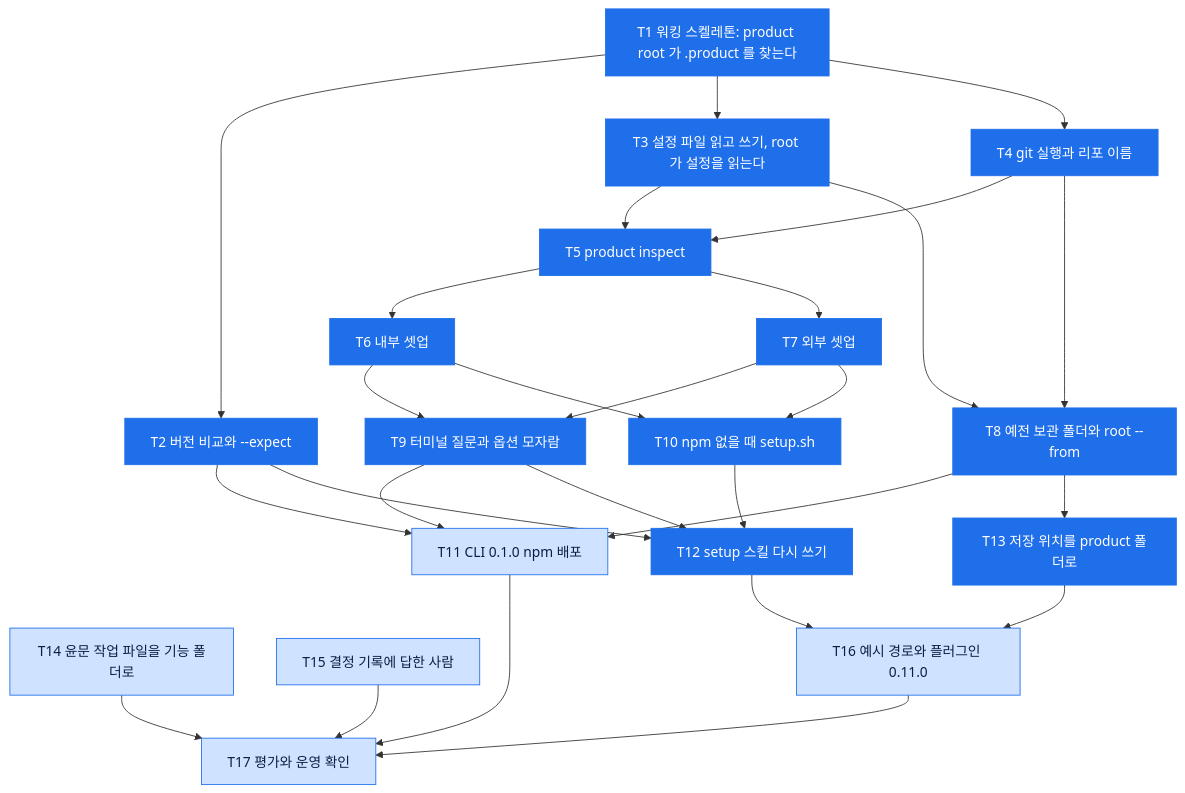
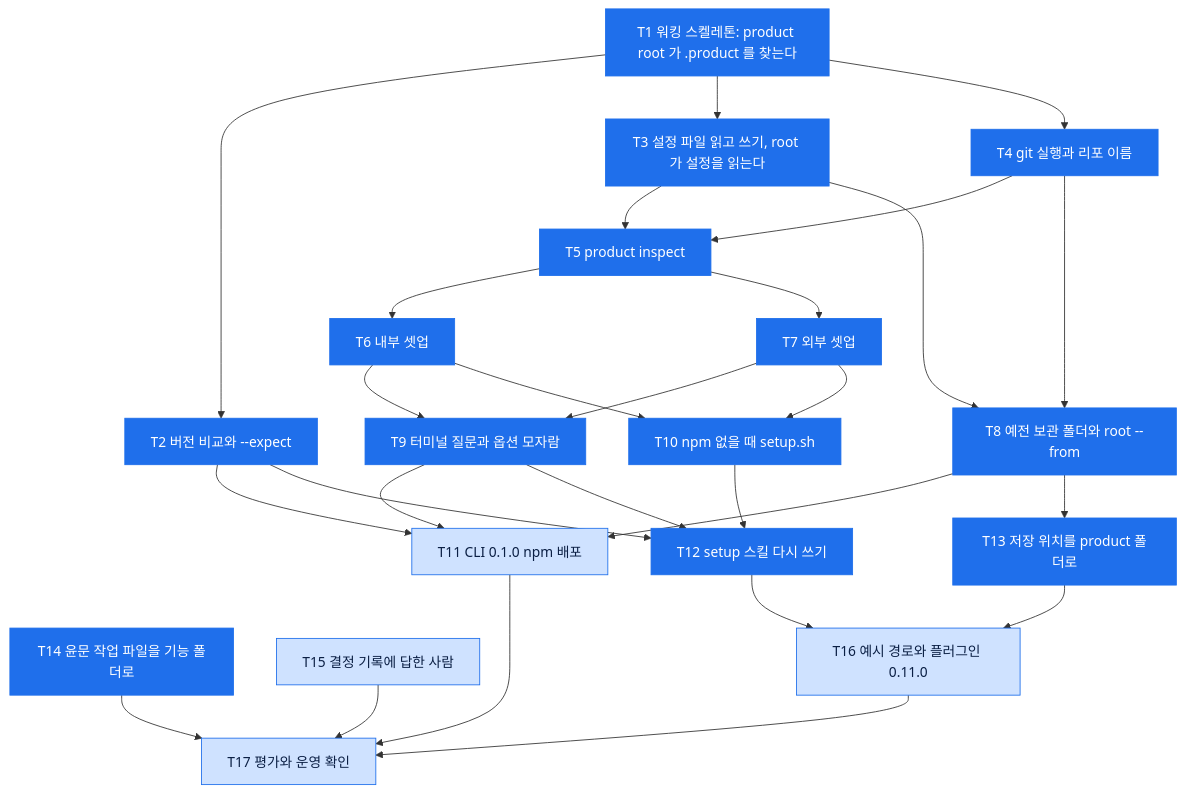
One commit to dorage/product-skills changed the diagram in .product/features/261122_setup-method/tasks.md. Above: the diagram before and after it, drawn with Mermaid. The commit also changed other lines of this file and 1 other file, not shown here.

Commit message:
feat(product):윤문 작업 파일이 리포에 남지 않게 기능 폴더에서 윤문

````diff
--- a/.product/features/261122_setup-method/tasks.md
+++ b/.product/features/261122_setup-method/tasks.md
@@ -7,50 +7,50 @@
 ```mermaid
 flowchart TD
     T1["T1 워킹 스켈레톤: product root 가 .product 를 찾는다"]
     T2["T2 버전 비교와 --expect"]
     T3["T3 설정 파일 읽고 쓰기, root 가 설정을 읽는다"]
     T4["T4 git 실행과 리포 이름"]
     T5["T5 product inspect"]
     T6["T6 내부 셋업"]
     T7["T7 외부 셋업"]
     T8["T8 예전 보관 폴더와 root --from"]
     T9["T9 터미널 질문과 옵션 모자람"]
     T10["T10 npm 없을 때 setup.sh"]
     T11["T11 CLI 0.1.0 npm 배포"]
     T12["T12 setup 스킬 다시 쓰기"]
     T13["T13 저장 위치를 product 폴더로"]
     T14["T14 윤문 작업 파일을 기능 폴더로"]
     T15["T15 결정 기록에 답한 사람"]
     T16["T16 예시 경로와 플러그인 0.11.0"]
     T17["T17 평가와 운영 확인"]
     T1 --> T2
     T1 --> T3
     T1 --> T4
     T3 --> T5
     T4 --> T5
     T5 --> T6
     T5 --> T7
     T3 --> T8
     T4 --> T8
     T6 --> T9
     T7 --> T9
     T6 --> T10
     T7 --> T10
     T2 --> T11
     T8 --> T11
     T9 --> T11
     T9 --> T12
     T10 --> T12
     T2 --> T12
     T8 --> T13
     T12 --> T16
     T13 --> T16
     T11 --> T17
     T14 --> T17
     T15 --> T17
     T16 --> T17
     classDef done fill:#1f6feb,stroke:#1f6feb,color:#ffffff
     classDef todo fill:#cfe2ff,stroke:#1f6feb,color:#0b1f44
-    class T1,T2,T3,T4,T5,T6,T7,T8,T9,T10,T12,T13 done
-    class T11,T14,T15,T16,T17 todo
+    class T1,T2,T3,T4,T5,T6,T7,T8,T9,T10,T12,T13,T14 done
+    class T11,T15,T16,T17 todo
 ```
````
